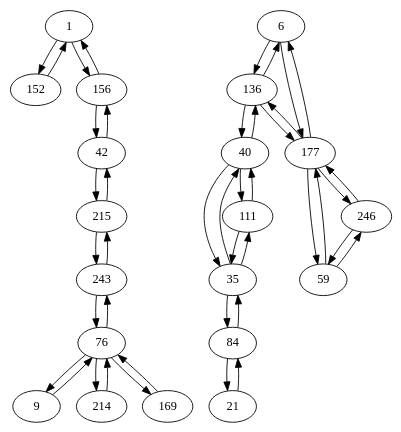
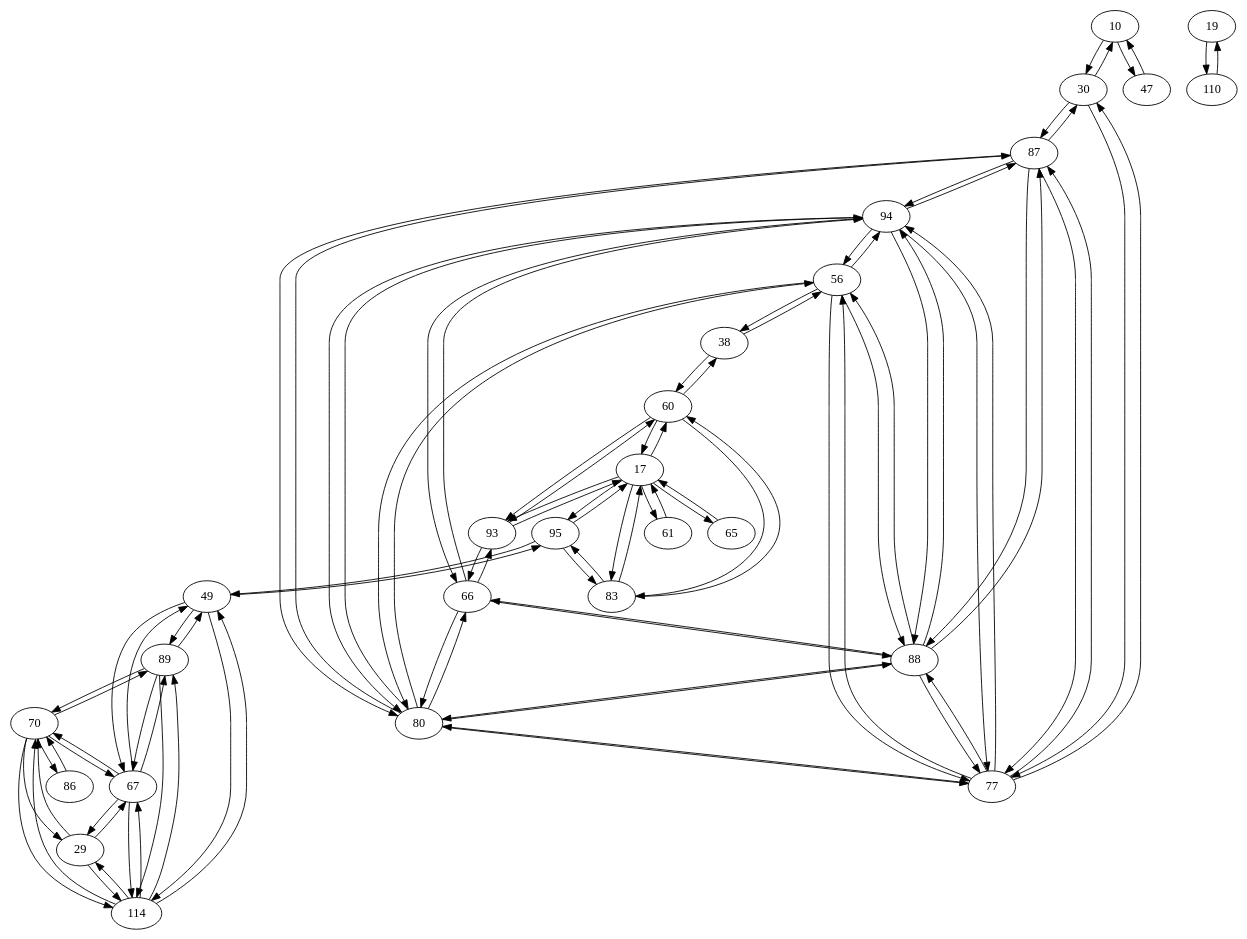
The diagram in external/dbg2olc/RawOverlapGraph.dot (AuCson/Genome-Assembly-Implementation), drawn with Graphviz before and after one commit. The commit also changed 79 other files, not shown here.

```diff
--- a/external/dbg2olc/RawOverlapGraph.dot
+++ b/external/dbg2olc/RawOverlapGraph.dot
@@ -1,44 +1,98 @@
 digraph G {
-1 -> 152;
-6 -> 136;
-21 -> 84;
-35 -> 111;
-35 -> 40;
-40 -> 35;
-40 -> 111;
-42 -> 156;
-59 -> 246;
-76 -> 9;
-76 -> 214;
-84 -> 21;
-111 -> 35;
-136 -> 6;
-136 -> 177;
-152 -> 1;
-177 -> 246;
-177 -> 59;
-215 -> 42;
-243 -> 215;
-246 -> 177;
-246 -> 59;
-1 -> 156;
-6 -> 177;
-9 -> 76;
-35 -> 84;
-40 -> 136;
-42 -> 215;
-59 -> 177;
-76 -> 243;
-76 -> 169;
-84 -> 35;
-111 -> 40;
-136 -> 40;
-156 -> 1;
-156 -> 42;
-169 -> 76;
-177 -> 6;
-177 -> 136;
-214 -> 76;
-215 -> 243;
-243 -> 76;
+10 -> 30;
+17 -> 60;
+17 -> 93;
+30 -> 10;
+38 -> 60;
+47 -> 10;
+49 -> 95;
+56 -> 77;
+56 -> 80;
+56 -> 88;
+56 -> 94;
+60 -> 38;
+60 -> 93;
+66 -> 93;
+67 -> 114;
+67 -> 70;
+67 -> 29;
+70 -> 89;
+70 -> 67;
+70 -> 114;
+77 -> 87;
+77 -> 30;
+80 -> 87;
+80 -> 77;
+83 -> 95;
+87 -> 94;
+87 -> 88;
+87 -> 80;
+87 -> 77;
+88 -> 87;
+88 -> 77;
+88 -> 80;
+89 -> 114;
+89 -> 70;
+89 -> 67;
+93 -> 66;
+94 -> 87;
+94 -> 77;
+94 -> 80;
+94 -> 88;
+95 -> 49;
+114 -> 89;
+114 -> 67;
+114 -> 49;
+10 -> 47;
+17 -> 95;
+17 -> 83;
+17 -> 65;
+17 -> 61;
+19 -> 110;
+29 -> 114;
+29 -> 70;
+29 -> 67;
+30 -> 87;
+30 -> 77;
+38 -> 56;
+49 -> 89;
+49 -> 67;
+49 -> 114;
+56 -> 38;
+60 -> 83;
+60 -> 17;
+61 -> 17;
+65 -> 17;
+66 -> 94;
+66 -> 88;
+66 -> 80;
+67 -> 49;
+67 -> 89;
+70 -> 86;
+70 -> 29;
+77 -> 56;
+77 -> 80;
+77 -> 88;
+77 -> 94;
+80 -> 66;
+80 -> 56;
+80 -> 88;
+80 -> 94;
+83 -> 60;
+83 -> 17;
+86 -> 70;
+87 -> 30;
+88 -> 66;
+88 -> 56;
+88 -> 94;
+89 -> 49;
+93 -> 17;
+93 -> 60;
+94 -> 66;
+94 -> 56;
+95 -> 17;
+95 -> 83;
+110 -> 19;
+114 -> 29;
+114 -> 70;
 }
```
